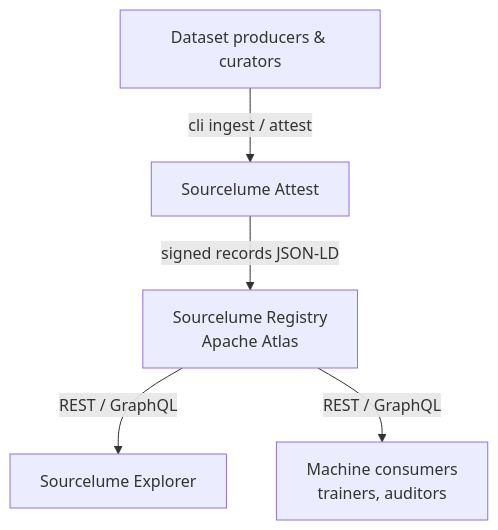
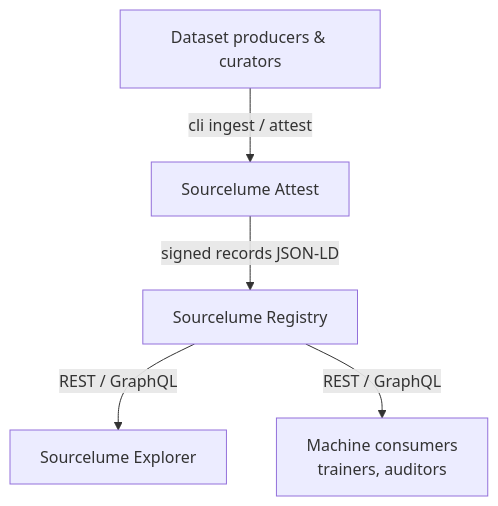
One commit to apache/sourcelume-site changed the diagram in content/pages/about.md. Above: the diagram before and after it, drawn with Mermaid. The commit also changed 2 other files, not shown here.

Commit message:
Update registry docs for pluggable storage backends (#14)
The site described the registry as built solely on Apache Atlas. The
registry now ships a storage SPI with two distributions — PostgreSQL
(default) and Apache Atlas — so:

- Drop the Atlas branding from the home page diagrams and card and
  describe pluggable storage instead.
- Refresh registry.md: the current implementation is a Quarkus service
  serving a REST record API backed by the storage SPI, not an in-memory
  simple demo; the simple demo is reframed as a lightweight example.
- Replace the developer setup walkthrough with the real commands from
  dev-support (the previous steps referenced configuration and
  endpoints that do not exist in the implementation).
- Keep the target architecture aspirational (GraphQL, lineage design)
  but describe the backend as a pluggable metadata store.

````diff
--- a/content/pages/about.md
+++ b/content/pages/about.md
@@ -16,7 +16,7 @@
 ```mermaid
 graph TD
     A[Dataset producers & curators] -->|cli ingest / attest| B[Sourcelume Attest]
-    B -->|signed records JSON-LD| C[Sourcelume Registry<br/>Apache Atlas]
+    B -->|signed records JSON-LD| C[Sourcelume Registry]
     C -->|REST / GraphQL| D[Sourcelume Explorer]
     C -->|REST / GraphQL| E[Machine consumers<br/>trainers, auditors]
 ```
````
